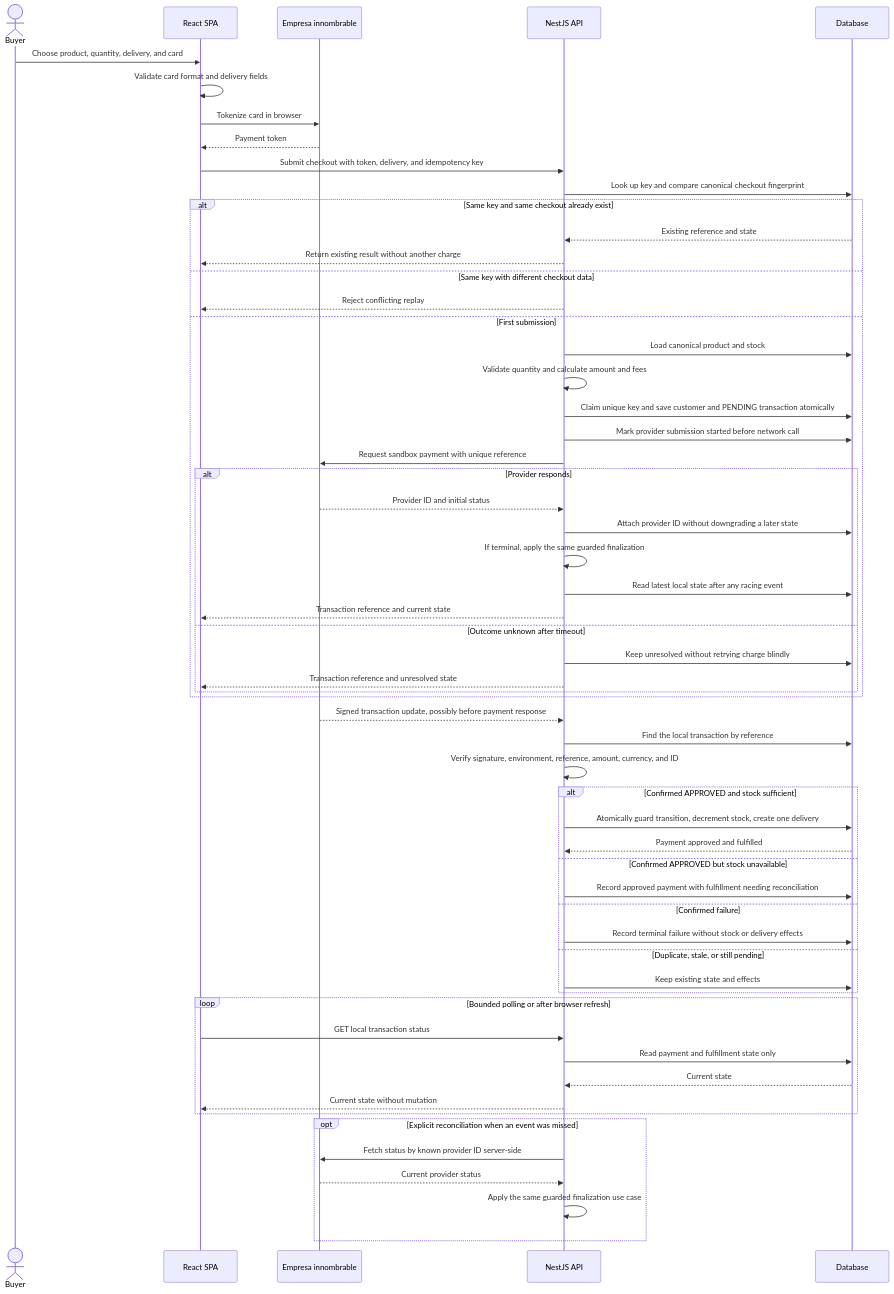
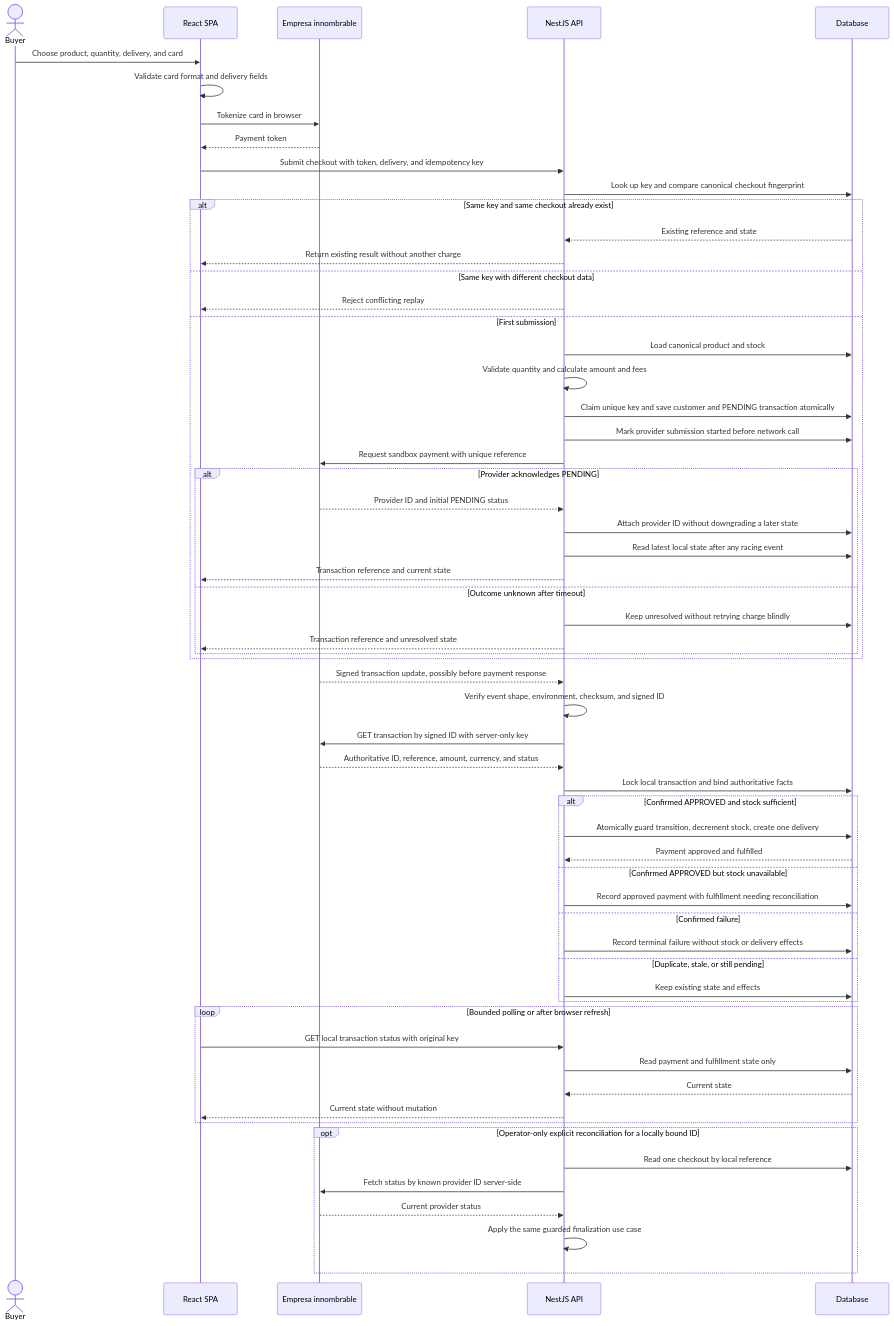
The third of 5 diagrams in README.md (alexanderbeleno16/product-payment), drawn with Mermaid before and after one commit. The commit also changed other lines of this file and 20 other files, not shown here.

````diff
--- a/README.md
+++ b/README.md
@@ -58,64 +58,66 @@
 ```mermaid
 sequenceDiagram
     actor Buyer
     participant SPA as React SPA
     participant Provider as Empresa innombrable
     participant API as NestJS API
     participant DB as Database
 
     Buyer->>SPA: Choose product, quantity, delivery, and card
     SPA->>SPA: Validate card format and delivery fields
     SPA->>Provider: Tokenize card in browser
     Provider-->>SPA: Payment token
     SPA->>API: Submit checkout with token, delivery, and idempotency key
     API->>DB: Look up key and compare canonical checkout fingerprint
     alt Same key and same checkout already exist
         DB-->>API: Existing reference and state
         API-->>SPA: Return existing result without another charge
     else Same key with different checkout data
         API-->>SPA: Reject conflicting replay
     else First submission
         API->>DB: Load canonical product and stock
         API->>API: Validate quantity and calculate amount and fees
         API->>DB: Claim unique key and save customer and PENDING transaction atomically
         API->>DB: Mark provider submission started before network call
         API->>Provider: Request sandbox payment with unique reference
-        alt Provider responds
-            Provider-->>API: Provider ID and initial status
+        alt Provider acknowledges PENDING
+            Provider-->>API: Provider ID and initial PENDING status
             API->>DB: Attach provider ID without downgrading a later state
-            API->>API: If terminal, apply the same guarded finalization
             API->>DB: Read latest local state after any racing event
             API-->>SPA: Transaction reference and current state
         else Outcome unknown after timeout
             API->>DB: Keep unresolved without retrying charge blindly
             API-->>SPA: Transaction reference and unresolved state
         end
     end
 
     Provider-->>API: Signed transaction update, possibly before payment response
-    API->>DB: Find the local transaction by reference
-    API->>API: Verify signature, environment, reference, amount, currency, and ID
+    API->>API: Verify event shape, environment, checksum, and signed ID
+    API->>Provider: GET transaction by signed ID with server-only key
+    Provider-->>API: Authoritative ID, reference, amount, currency, and status
+    API->>DB: Lock local transaction and bind authoritative facts
     alt Confirmed APPROVED and stock sufficient
         API->>DB: Atomically guard transition, decrement stock, create one delivery
         DB-->>API: Payment approved and fulfilled
     else Confirmed APPROVED but stock unavailable
         API->>DB: Record approved payment with fulfillment needing reconciliation
     else Confirmed failure
         API->>DB: Record terminal failure without stock or delivery effects
     else Duplicate, stale, or still pending
         API->>DB: Keep existing state and effects
     end
 
     loop Bounded polling or after browser refresh
-        SPA->>API: GET local transaction status
+        SPA->>API: GET local transaction status with original key
         API->>DB: Read payment and fulfillment state only
         DB-->>API: Current state
         API-->>SPA: Current state without mutation
     end
 
-    opt Explicit reconciliation when an event was missed
+    opt Operator-only explicit reconciliation for a locally bound ID
+        API->>DB: Read one checkout by local reference
         API->>Provider: Fetch status by known provider ID server-side
         Provider-->>API: Current provider status
         API->>API: Apply the same guarded finalization use case
     end
 ```
````
